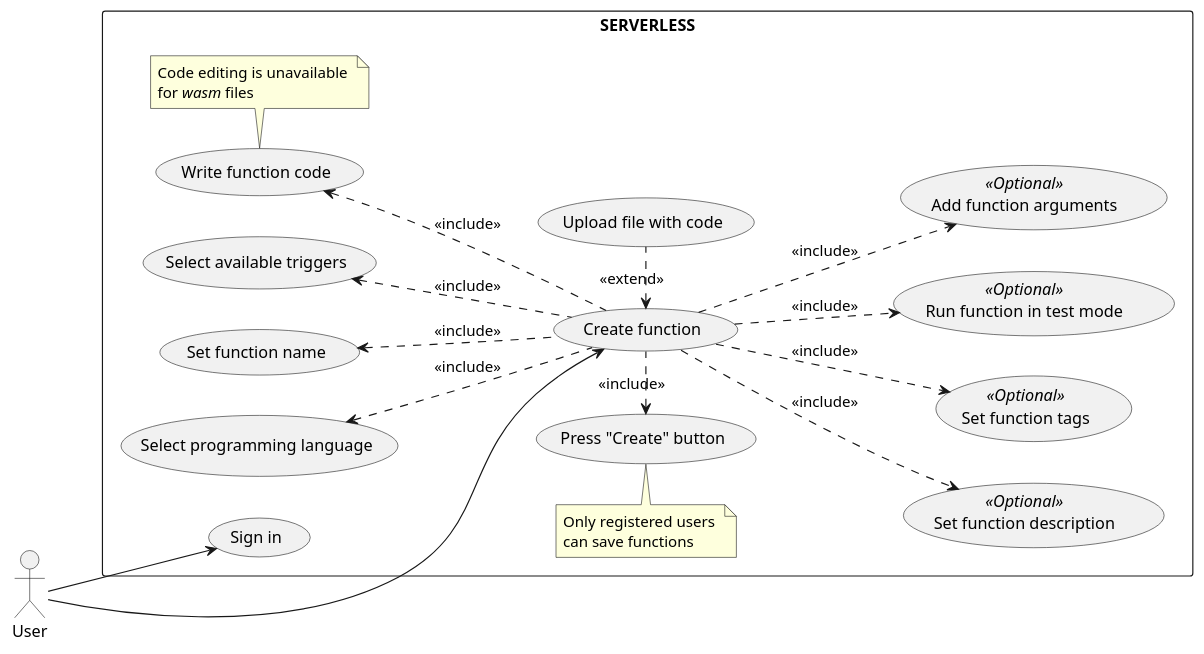
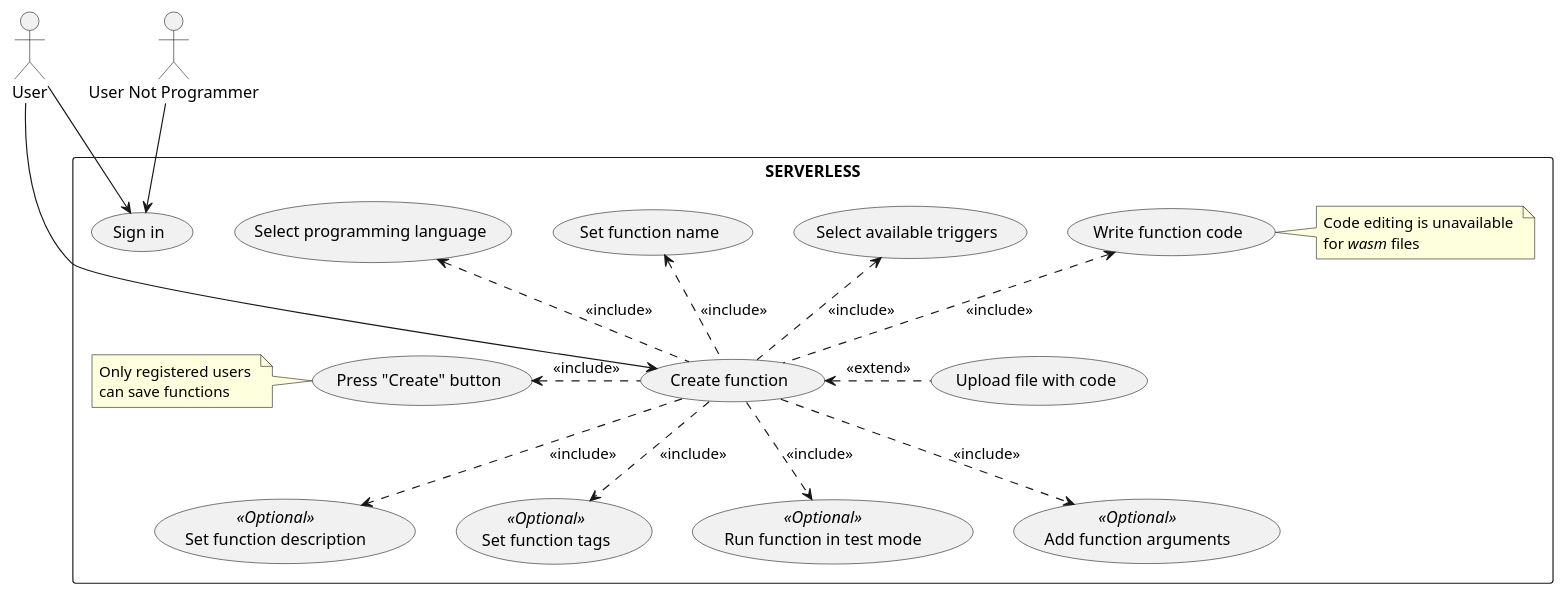
The diagram in Use Cases/Create function Use Cases.md (illusior/serverless-docs), drawn with PlantUML before and after one commit.

Commit message:
Update Create function Use Cases.md

```diff
--- a/Use Cases/Create function Use Cases.md
+++ b/Use Cases/Create function Use Cases.md
@@ -1,46 +1,48 @@
 @startuml
 
 :User: as User
+:User Not Programmer: as UserNot
+
 
 rectangle SERVERLESS {
 
-    (Create function) as Create
-	(Write function code) as Write
-	(Upload file with code) as Upload
-	(Select available triggers) as SelectTrig
-	(Set function name) as SetName
-	(Set function description) as SetDesc << Optional >>
-	(Set function tags) as SetTags << Optional >>
-	(Run function in test mode) as Test << Optional >>
-	(Add function arguments) as AddArgs << Optional >>
-	(Press "Create" button) as CreateBtn
-	(Select programming language) as SelectLang
-	(Sign in) as SignIn
-	
-	note right of Write
-		Code editing is unavailable 
-		for <i>wasm</i> files
-	end note
+(Create function) as Create
+(Write function code) as Write
+(Upload file with code) as Upload
+(Select available triggers) as SelectTrig
+(Set function name) as SetName
+(Set function description) as SetDesc << Optional >>
+(Set function tags) as SetTags << Optional >>
+(Run function in test mode) as Test << Optional >>
+(Add function arguments) as AddArgs << Optional >>
+(Press "Create" button) as CreateBtn
+(Select programming language) as SelectLang
+(Sign in) as SignIn
 
-	note left of CreateBtn
-		Only registered users 
-		can save functions
-	end note
-	
-	Write <.. Create : <<include>>
-	Upload .left.> Create : <<extend>>
-	SetName <.. Create : <<include>>
-	Create ..> SetDesc : <<include>>
-	Create ..> SetTags : <<include>>
-	SelectTrig <.. Create : <<include>>
-	Create ..> Test : <<include>>
-	Create ..> AddArgs : <<include>>
-	Create .left.> CreateBtn : <<include>>
-	SelectLang <.. Create : <<include>>
+note right of Write
+	Code editing is unavailable 
+	for <i>wasm</i> files
+end note
+
+note left of CreateBtn
+	Only registered users 
+	can save functions
+end note
+
+Write <.. Create : <<include>>
+Upload .left.> Create : <<extend>>
+SetName <.. Create : <<include>>
+Create ..> SetDesc : <<include>>
+Create ..> SetTags : <<include>>
+SelectTrig <.. Create : <<include>>
+Create ..> Test : <<include>>
+Create ..> AddArgs : <<include>>
+Create .left.> CreateBtn : <<include>>
+SelectLang <.. Create : <<include>>
 }
 
-left to right direction
 User --> Create
 User --> SignIn
+UserNot --> SignIn
 
 @enduml
```
